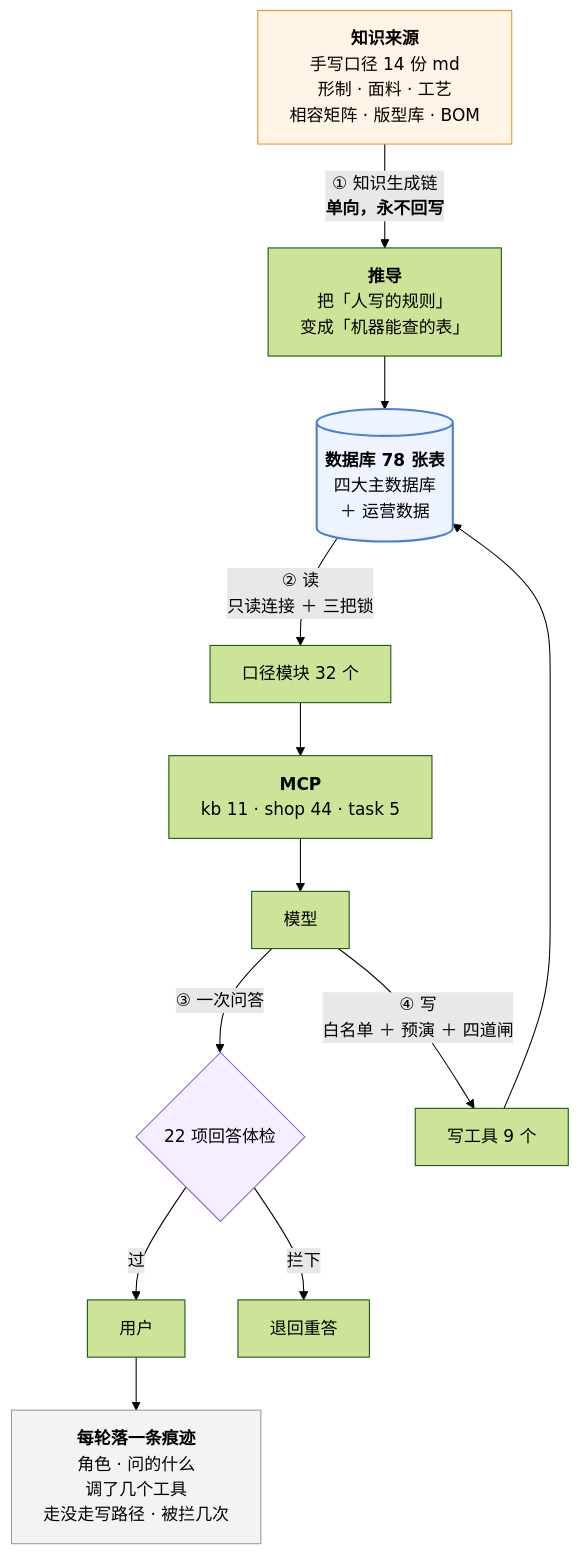
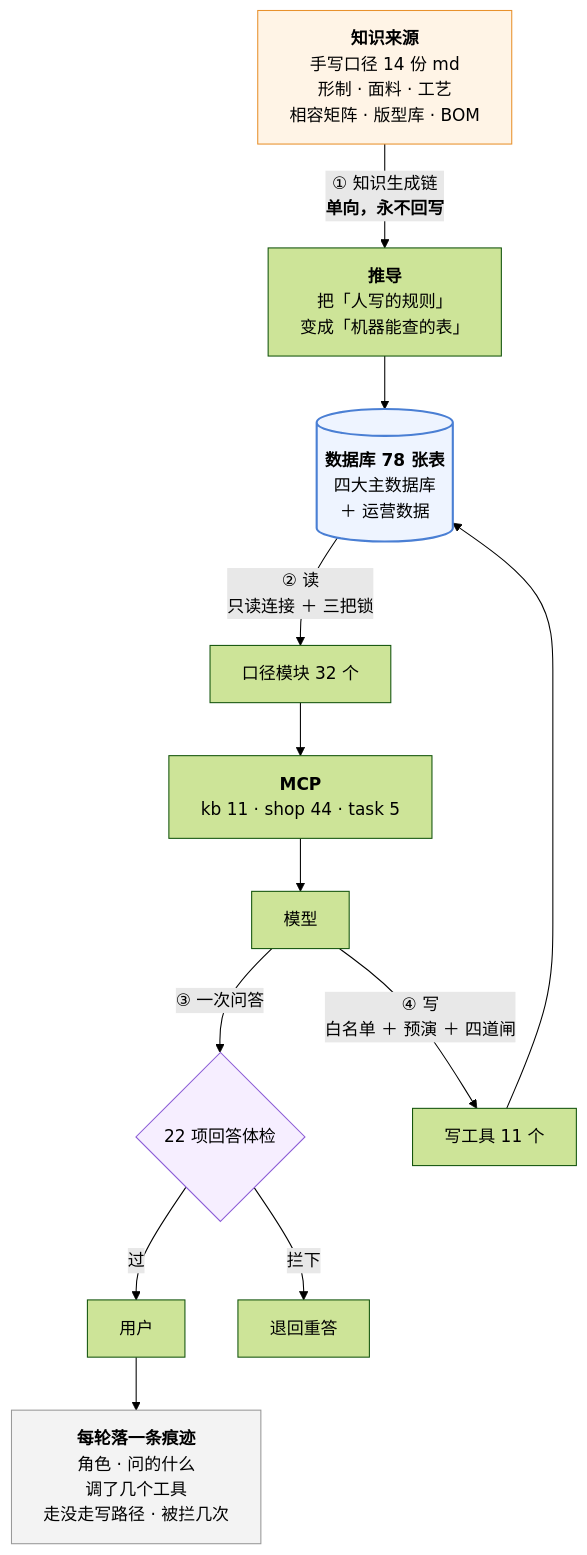
One commit to 843773296-rgb/lanxiu-yunshang-agent changed the third of 3 diagrams in 澜绣云裳agent-产品说明.md. Above: the diagram before and after it, drawn with Mermaid (forest theme). The commit also changed other lines of this file and 27 other files, not shown here.

````diff
--- a/澜绣云裳agent-产品说明.md
+++ b/澜绣云裳agent-产品说明.md
@@ -806,24 +806,24 @@
 ```mermaid
 flowchart TD
     MD["<b>知识来源</b><br/>手写口径 14 份 md<br/>形制 · 面料 · 工艺<br/>相容矩阵 · 版型库 · BOM"]
     MD -->|"① 知识生成链<br/><b>单向，永不回写</b>"| DV["<b>推导</b><br/>把「人写的规则」<br/>变成「机器能查的表」"]
     DV --> DB[("<b>数据库 78 张表</b><br/>四大主数据库<br/>＋ 运营数据")]
 
     DB -->|"② 读<br/>只读连接 ＋ 三把锁"| KJ["口径模块 32 个"]
     KJ --> MCP["<b>MCP</b><br/>kb 11 · shop 44 · task 5"]
     MCP --> LLM["模型"]
 
     LLM -->|"③ 一次问答"| GD{"22 项回答体检"}
     GD -- 过 --> U["用户"]
     GD -- 拦下 --> RE["退回重答"]
 
-    LLM -->|"④ 写<br/>白名单 ＋ 预演 ＋ 四道闸"| W["写工具 9 个"]
+    LLM -->|"④ 写<br/>白名单 ＋ 预演 ＋ 四道闸"| W["写工具 11 个"]
     W --> DB
 
     U --> TR["<b>每轮落一条痕迹</b><br/>角色 · 问的什么<br/>调了几个工具<br/>走没走写路径 · 被拦几次"]
 
     style MD fill:#fff4e6,stroke:#e8912d
     style DB fill:#eef4ff,stroke:#4a7fd4,stroke-width:2px
     style GD fill:#f6eeff,stroke:#8b5cd6
     style TR fill:#f3f3f3,stroke:#999
 ```
````
